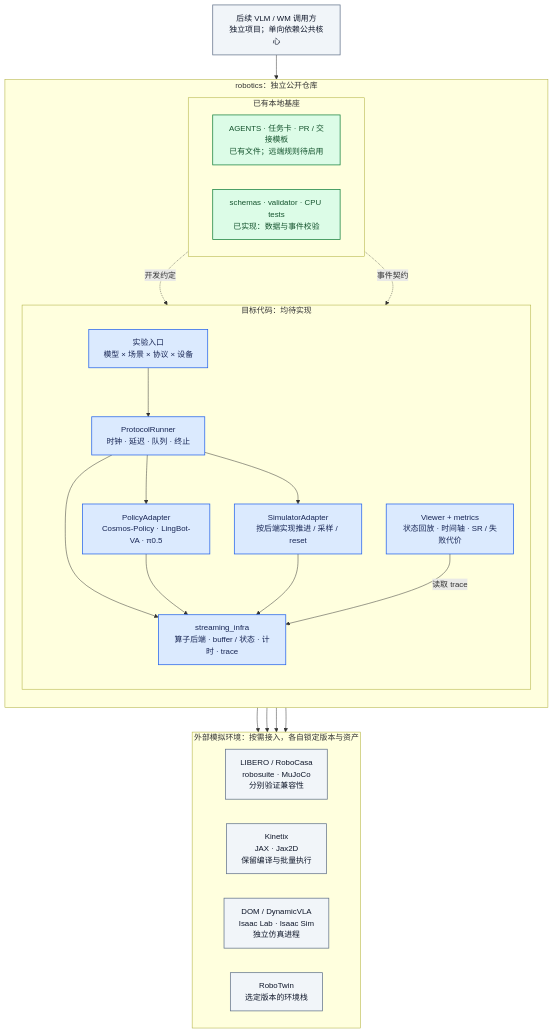
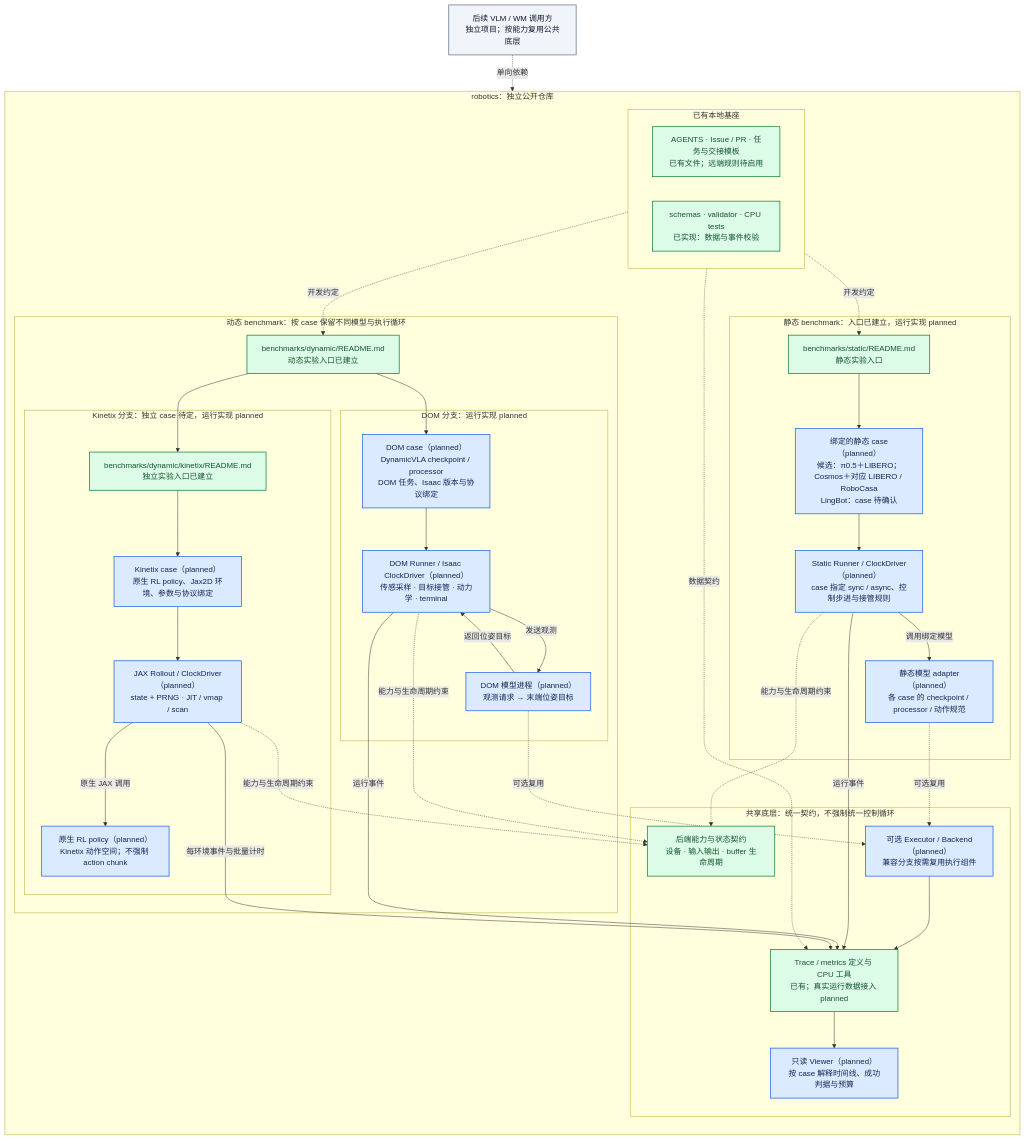
The diagram in docs/diagrams/01-architecture.mmd (Ther-nullptr/robotics-the-speedup-paradox), drawn with Mermaid before and after one commit. The commit also changed 19 other files, not shown here.

Commit message:
chore: separate benchmark tracks and ignore local artifacts

```diff
--- a/docs/diagrams/01-architecture.mmd
+++ b/docs/diagrams/01-architecture.mmd
@@ -1,54 +1,75 @@
 flowchart TB
-    accTitle: Target Robotics Infrastructure Architecture
-    accDescr: Green nodes are existing local contract and collaboration files. Blue nodes are planned code. Gray nodes are external consumers or simulator environments. Solid arrows mean uses or calls; dotted arrows express development and data constraints.
+    accTitle: Case-Bound Static and Dynamic Benchmark Architecture
+    accDescr: Static and dynamic benchmarks bind compatible models, processors, tasks, environments and protocols into cases. DOM uses a model process and Isaac clock driver; Kinetix uses a native RL policy and JAX rollout. They share contracts, capability descriptions, trace and metric definitions, with optional execution component reuse. Green nodes are existing documents or CPU tools; all model execution is planned.
 
     subgraph public_repo["robotics：独立公开仓库"]
         direction TB
         subgraph foundation["已有本地基座"]
             direction LR
-            collaboration["AGENTS · 任务卡 · PR / 交接模板<br/>已有文件；远端规则待启用"]
+            collaboration["AGENTS · Issue / PR · 任务与交接模板<br/>已有文件；远端规则待启用"]
             contracts["schemas · validator · CPU tests<br/>已实现：数据与事件校验"]
         end
-        subgraph target_code["目标代码：均待实现"]
-            direction TB
-            entry["实验入口<br/>模型 × 场景 × 协议 × 设备"]
-            runner["ProtocolRunner<br/>时钟 · 延迟 · 队列 · 终止"]
-            policy["PolicyAdapter<br/>Cosmos-Policy · LingBot-VA · π0.5"]
-            simulator["SimulatorAdapter<br/>按后端实现推进 / 采样 / reset"]
-            shared_core["streaming_infra<br/>算子后端 · buffer / 状态 · 计时 · trace"]
-            viewer["Viewer + metrics<br/>状态回放 · 时间轴 · SR / 失败代价"]
-            entry --> runner
-            runner --> policy
-            runner --> simulator
-            runner --> shared_core
-            policy --> shared_core
-            simulator --> shared_core
-            viewer -->|读取 trace| shared_core
+
+        subgraph static_track["静态 benchmark：入口已建立，运行实现 planned"]
+            static_entry["benchmarks/static/README.md<br/>静态实验入口"]
+            static_case["绑定的静态 case（planned）<br/>候选：π0.5＋LIBERO；Cosmos＋对应 LIBERO / RoboCasa<br/>LingBot：case 待确认"]
+            static_policy["静态模型 adapter（planned）<br/>各 case 的 checkpoint / processor / 动作规范"]
+            static_driver["Static Runner / ClockDriver（planned）<br/>case 指定 sync / async、控制步进与接管规则"]
+            static_entry --> static_case
+            static_case --> static_driver
+            static_driver -->|调用绑定模型| static_policy
         end
-        collaboration -.开发约定.-> entry
-        contracts -.事件契约.-> shared_core
+
+        subgraph dynamic_track["动态 benchmark：按 case 保留不同模型与执行循环"]
+            dynamic_entry["benchmarks/dynamic/README.md<br/>动态实验入口已建立"]
+            subgraph dom_branch["DOM 分支：运行实现 planned"]
+                dom_case["DOM case（planned）<br/>DynamicVLA checkpoint / processor<br/>DOM 任务、Isaac 版本与协议绑定"]
+                dom_model["DOM 模型进程（planned）<br/>观测请求 → 末端位姿目标"]
+                dom_driver["DOM Runner / Isaac ClockDriver（planned）<br/>传感采样 · 目标接管 · 动力学 · terminal"]
+                dom_case --> dom_driver
+                dom_driver -->|发送观测| dom_model
+                dom_model -->|返回位姿目标| dom_driver
+            end
+            subgraph kinetix_branch["Kinetix 分支：独立 case 待定，运行实现 planned"]
+                kinetix_entry["benchmarks/dynamic/kinetix/README.md<br/>独立实验入口已建立"]
+                kinetix_case["Kinetix case（planned）<br/>原生 RL policy、Jax2D 环境、参数与协议绑定"]
+                kinetix_policy["原生 RL policy（planned）<br/>Kinetix 动作空间；不强制 action chunk"]
+                kinetix_driver["JAX Rollout / ClockDriver（planned）<br/>state + PRNG · JIT / vmap / scan"]
+                kinetix_entry --> kinetix_case
+                kinetix_case --> kinetix_driver
+                kinetix_driver -->|原生 JAX 调用| kinetix_policy
+            end
+            dynamic_entry --> dom_case
+            dynamic_entry --> kinetix_entry
+        end
+
+        subgraph shared_core["共享底层：统一契约，不强制统一控制循环"]
+            capabilities["后端能力与状态契约<br/>设备 · 输入输出 · buffer 生命周期"]
+            executor["可选 Executor / Backend（planned）<br/>兼容分支按需复用执行组件"]
+            trace_metrics["Trace / metrics 定义与 CPU 工具<br/>已有；真实运行数据接入 planned"]
+            viewer["只读 Viewer（planned）<br/>按 case 解释时间线、成功判据与预算"]
+            executor --> trace_metrics
+            trace_metrics --> viewer
+        end
+        static_driver -.能力与生命周期约束.-> capabilities
+        dom_driver -.能力与生命周期约束.-> capabilities
+        kinetix_driver -.能力与生命周期约束.-> capabilities
+        static_policy -.可选复用.-> executor
+        dom_model -.可选复用.-> executor
+        static_driver -->|运行事件| trace_metrics
+        dom_driver -->|运行事件| trace_metrics
+        kinetix_driver -->|每环境事件与批量计时| trace_metrics
+        collaboration -.开发约定.-> static_entry
+        collaboration -.开发约定.-> dynamic_entry
+        contracts -.数据契约.-> trace_metrics
     end
 
-    future_consumers["后续 VLM / WM 调用方<br/>独立项目；单向依赖公共核心"]
-    future_consumers --> shared_core
-
-    subgraph external_envs["外部模拟环境：按需接入，各自锁定版本与资产"]
-        direction LR
-        mujoco_envs["LIBERO / RoboCasa<br/>robosuite · MuJoCo<br/>分别验证兼容性"]
-        kinetix_env["Kinetix<br/>JAX · Jax2D<br/>保留编译与批量执行"]
-        dom_env["DOM / DynamicVLA<br/>Isaac Lab · Isaac Sim<br/>独立仿真进程"]
-        robotwin_env["RoboTwin<br/>选定版本的环境栈"]
-    end
-    simulator --> mujoco_envs
-    simulator --> kinetix_env
-    simulator --> dom_env
-    simulator --> robotwin_env
-    %% Invisible edge only keeps external environments below the shared core.
-    shared_core ~~~ external_envs
+    future_consumers["后续 VLM / WM 调用方<br/>独立项目；按能力复用公共底层"]
+    future_consumers -.单向依赖.-> capabilities
 
     classDef existing fill:#dcfce7,stroke:#15803d,color:#14532d,stroke-width:1.5px
     classDef planned fill:#dbeafe,stroke:#2563eb,color:#172554,stroke-width:1.5px
     classDef external fill:#f1f5f9,stroke:#64748b,color:#0f172a,stroke-width:1.5px
-    class collaboration,contracts existing
-    class entry,runner,policy,simulator,shared_core,viewer planned
-    class future_consumers,mujoco_envs,kinetix_env,dom_env,robotwin_env external
+    class collaboration,contracts,static_entry,dynamic_entry,kinetix_entry,capabilities,trace_metrics existing
+    class static_case,static_policy,static_driver,dom_case,dom_model,dom_driver,kinetix_case,kinetix_policy,kinetix_driver,executor,viewer planned
+    class future_consumers external
```
